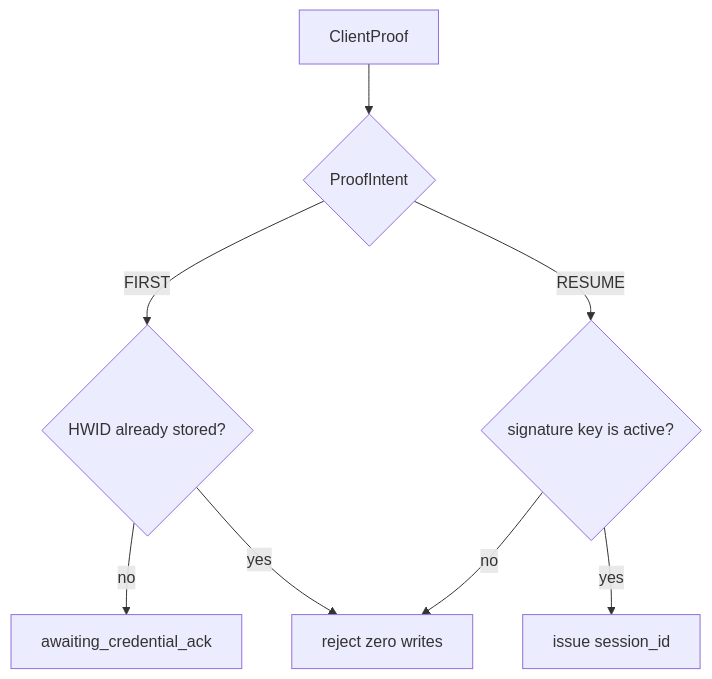
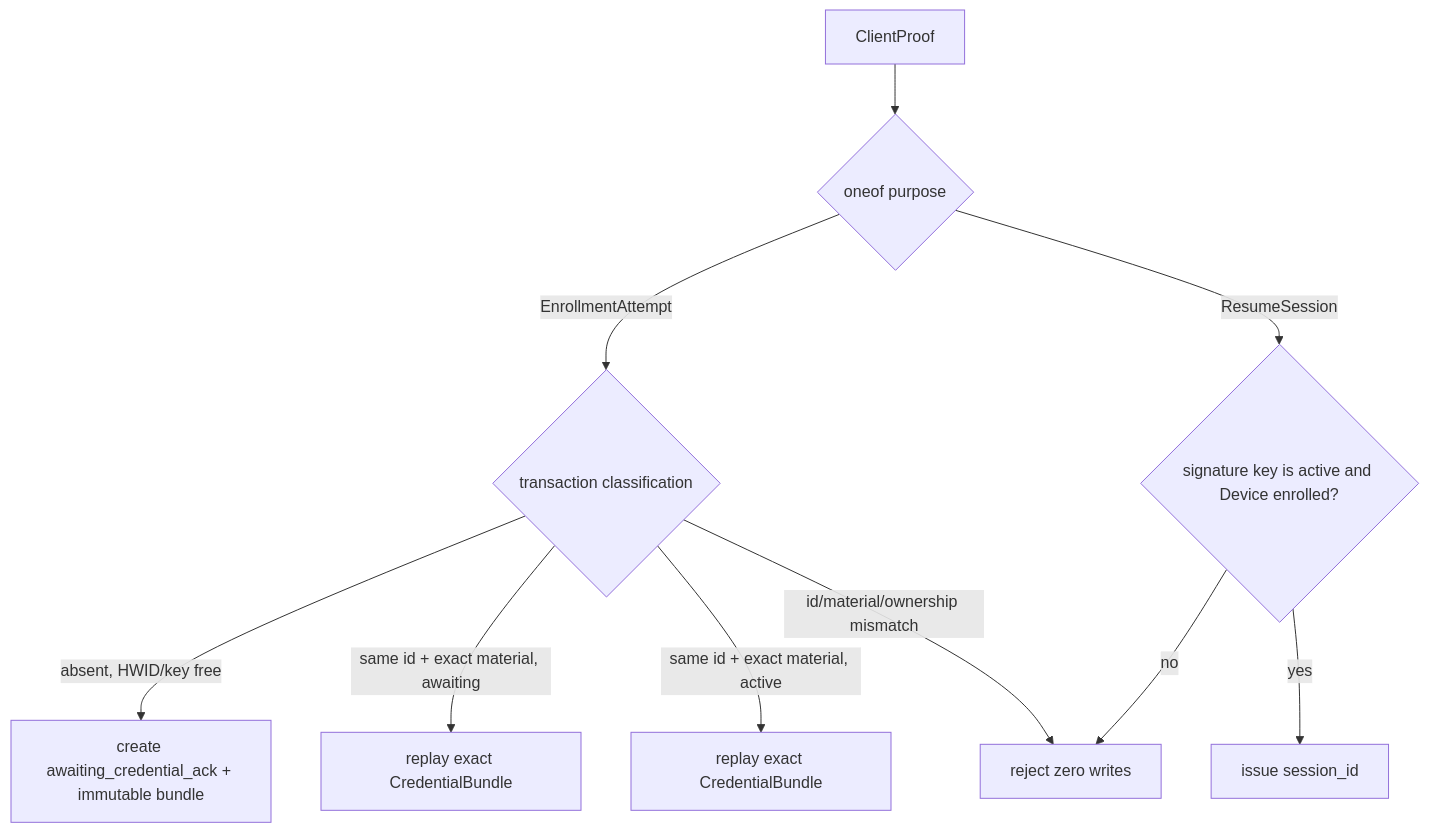
Before and after one commit to 4o3F/Natsume: the second of 3 diagrams in docs/adr/0038-unified-ordinary-wss-device-control-authority.md, drawn with Mermaid. The commit also changed other lines of this file and 9 other files, not shown here.

First line of the commit message:
refactor(protocol): make Enrollment replay crash-safe

````diff
--- a/docs/adr/0038-unified-ordinary-wss-device-control-authority.md
+++ b/docs/adr/0038-unified-ordinary-wss-device-control-authority.md
@@ -120,11 +136,13 @@
 ```mermaid
 flowchart TD
     proof[ClientProof]
-    proof --> intent{ProofIntent}
-    intent -->|FIRST| firstHwid{HWID already stored?}
-    firstHwid -->|no| firstAck[awaiting_credential_ack]
-    firstHwid -->|yes| reject[reject zero writes]
-    intent -->|RESUME| resumeKey{signature key is active?}
+    proof --> purpose{oneof purpose}
+    purpose -->|EnrollmentAttempt| tx{transaction classification}
+    tx -->|absent, HWID/key free| createTx[create awaiting_credential_ack + immutable bundle]
+    tx -->|same id + exact material, awaiting| replayBundle[replay exact CredentialBundle]
+    tx -->|same id + exact material, active| replayActiveBundle[replay exact CredentialBundle]
+    tx -->|id/material/ownership mismatch| reject[reject zero writes]
+    purpose -->|ResumeSession| resumeKey{signature key is active and Device enrolled?}
     resumeKey -->|yes| lease[issue session_id]
     resumeKey -->|no| reject
 ```
````
